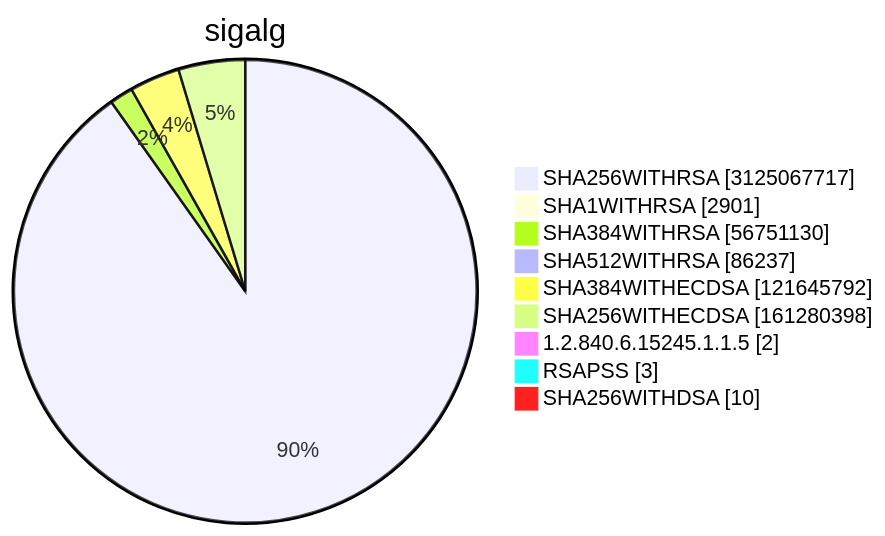
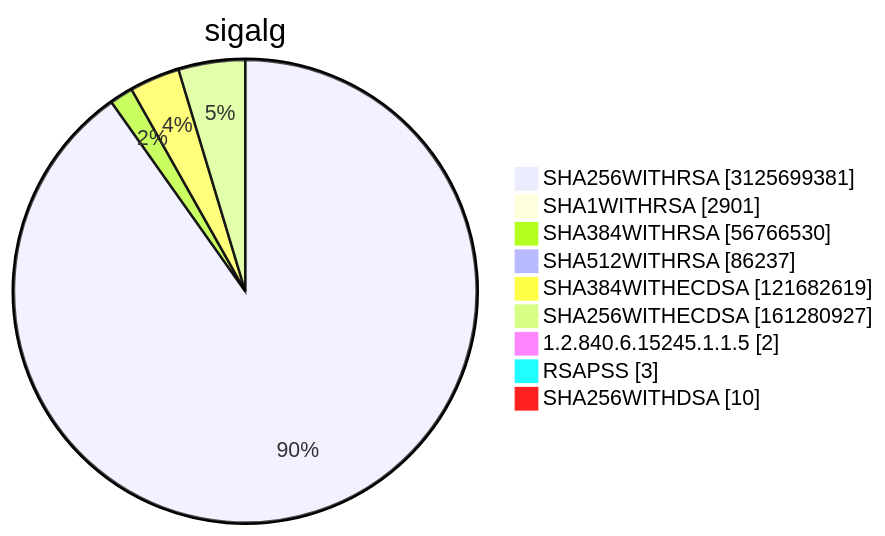
Before and after one commit to christiankrug/ctmonitor_visualization: diagram 15 of 15 in TOTAL/README.md, drawn with Mermaid. The commit also changed other lines of this file, not shown here.

````diff
--- a/TOTAL/README.md
+++ b/TOTAL/README.md
@@ -6212,13 +6212,13 @@
 ```mermaid
 pie showData
 title sigalg
-"SHA256WITHRSA" :3125067717
+"SHA256WITHRSA" :3125699381
 "SHA1WITHRSA" :2901
-"SHA384WITHRSA" :56751130
+"SHA384WITHRSA" :56766530
 "SHA512WITHRSA" :86237
-"SHA384WITHECDSA" :121645792
-"SHA256WITHECDSA" :161280398
+"SHA384WITHECDSA" :121682619
+"SHA256WITHECDSA" :161280927
 "1.2.840.6.15245.1.1.5" :2
 "RSAPSS" :3
 "SHA256WITHDSA" :10
 ```
````
